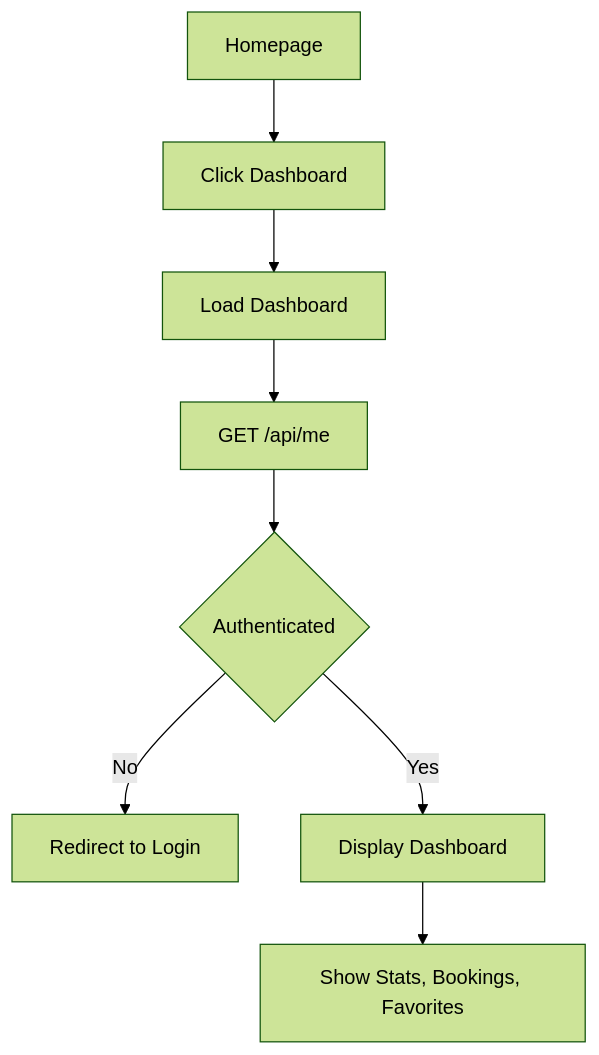
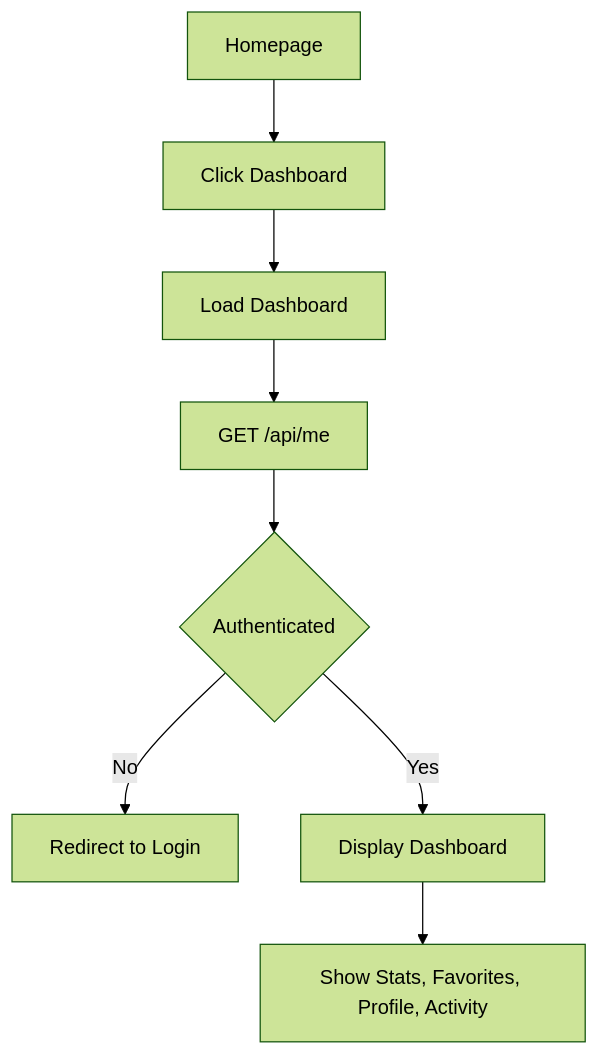
One commit to Zaps215/gctu-hostels-backend changed the tenth of 13 diagrams in docs/04_USER_FLOW.md. Above: the diagram before and after it, drawn with Mermaid (forest theme). The commit also changed other lines of this file and 27 other files, not shown here.

````diff
--- a/docs/04_USER_FLOW.md
+++ b/docs/04_USER_FLOW.md
@@ -211,10 +216,10 @@
 ```mermaid
 graph TD
     A[Homepage] --> B[Click Dashboard]
     B --> C[Load Dashboard]
     C --> D[GET /api/me]
     D --> E{Authenticated}
     E -->|No| F[Redirect to Login]
     E -->|Yes| G[Display Dashboard]
-    G --> H[Show Stats, Bookings, Favorites]
+    G --> H[Show Stats, Favorites, Profile, Activity]
 ```
````
